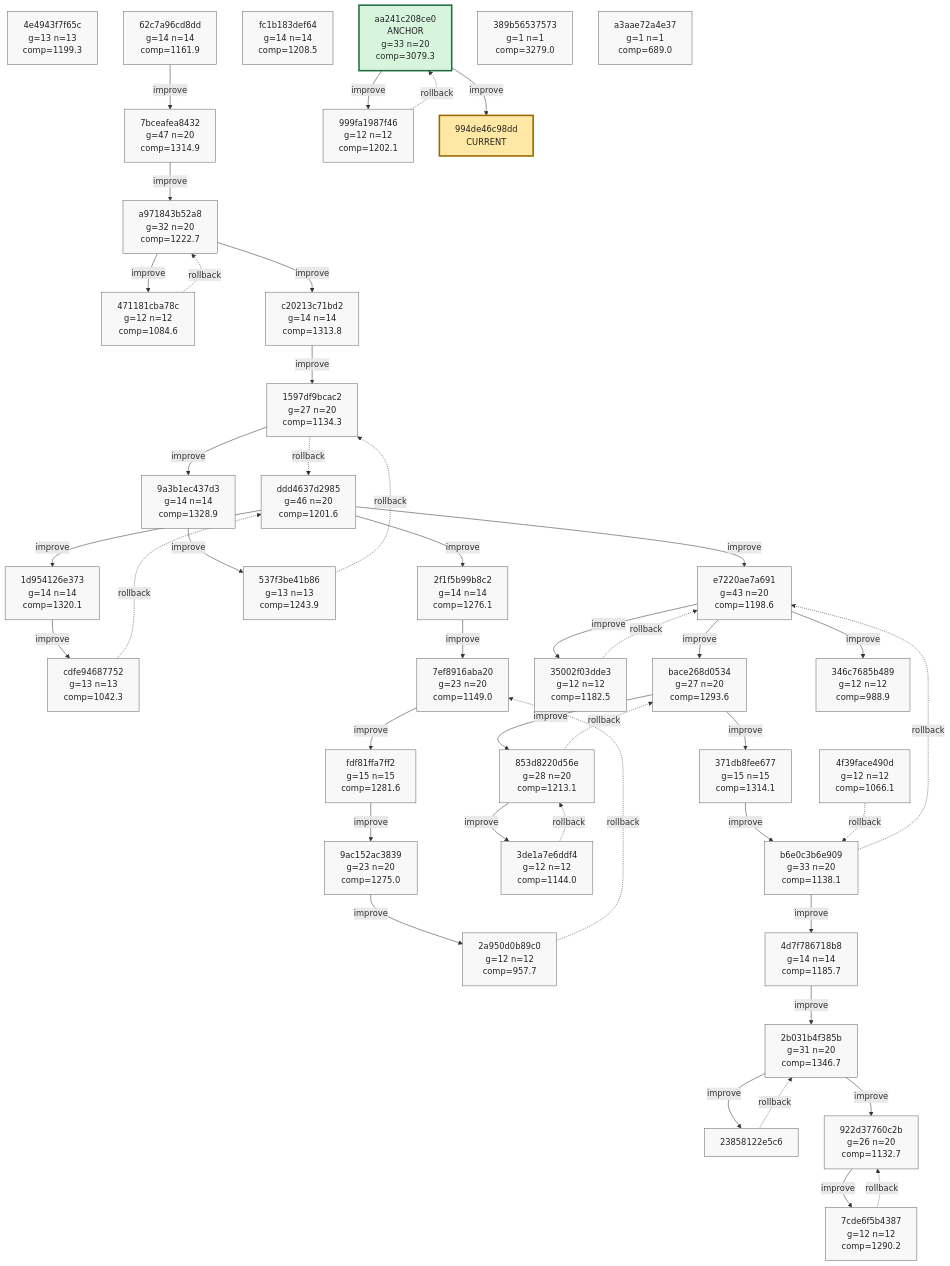
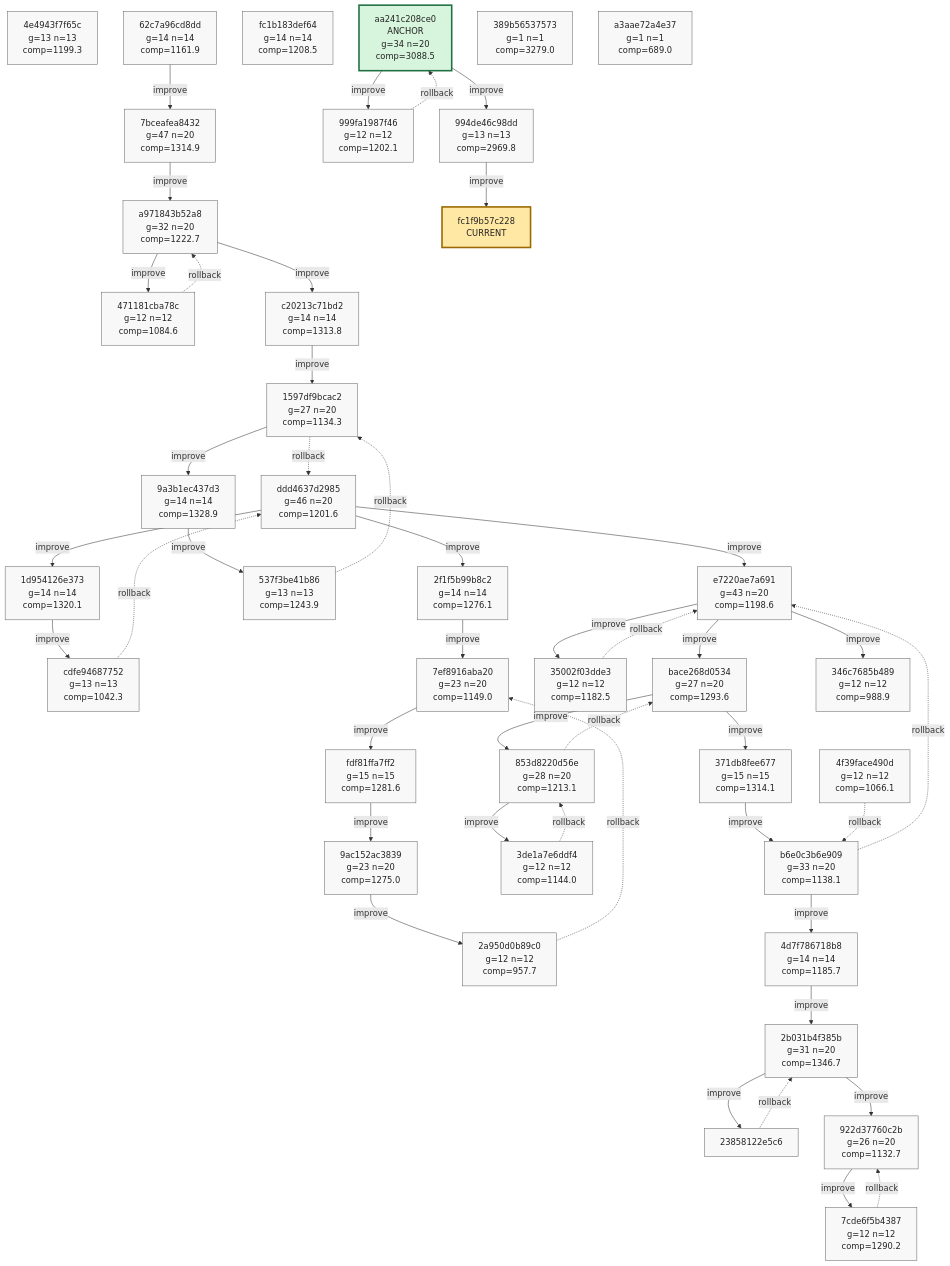
The ninth of 9 diagrams in phyrogenetic-tree.md (azumag/soviet_now), drawn with Mermaid before and after one commit. The commit also changed other lines of this file and 2 other files, not shown here.

Commit message:
eloop Improve after 12 games (scores: 2754 3235 3284 3836 2202 4197 2560 2695 2930 4763 4265 2838)

````diff
--- a/phyrogenetic-tree.md
+++ b/phyrogenetic-tree.md
@@ -2274,11 +2275,12 @@
     h_fc1b183def64["fc1b183def64<br/>g=14 n=14<br/>comp=1208.5"]
     h_4f39face490d["4f39face490d<br/>g=12 n=12<br/>comp=1066.1"]
     h_346c7685b489["346c7685b489<br/>g=12 n=12<br/>comp=988.9"]
-    h_aa241c208ce0["aa241c208ce0<br/>ANCHOR<br/>g=33 n=20<br/>comp=3079.3"]
+    h_aa241c208ce0["aa241c208ce0<br/>ANCHOR<br/>g=34 n=20<br/>comp=3088.5"]
     h_999fa1987f46["999fa1987f46<br/>g=12 n=12<br/>comp=1202.1"]
+    h_994de46c98dd["994de46c98dd<br/>g=13 n=13<br/>comp=2969.8"]
     h_389b56537573["389b56537573<br/>g=1 n=1<br/>comp=3279.0"]
     h_a3aae72a4e37["a3aae72a4e37<br/>g=1 n=1<br/>comp=689.0"]
-    h_994de46c98dd["994de46c98dd<br/>CURRENT"]
+    h_fc1f9b57c228["fc1f9b57c228<br/>CURRENT"]
 
     h_ddd4637d2985 -->|improve| h_1d954126e373
     h_1d954126e373 -->|improve| h_cdfe94687752
@@ -2322,6 +2324,7 @@
     h_aa241c208ce0 -->|improve| h_999fa1987f46
     h_999fa1987f46 -. rollback .-> h_aa241c208ce0
     h_aa241c208ce0 -->|improve| h_994de46c98dd
+    h_994de46c98dd -->|improve| h_fc1f9b57c228
 
     classDef plain fill:#f8f8f8,stroke:#666,stroke-width:1px,color:#222;
     classDef current fill:#ffe8a3,stroke:#9a6700,stroke-width:3px,color:#222;
@@ -2362,7 +2365,8 @@
     class h_346c7685b489 plain;
     class h_aa241c208ce0 anchor;
     class h_999fa1987f46 plain;
+    class h_994de46c98dd plain;
     class h_389b56537573 plain;
     class h_a3aae72a4e37 plain;
-    class h_994de46c98dd current;
+    class h_fc1f9b57c228 current;
 ```
````
